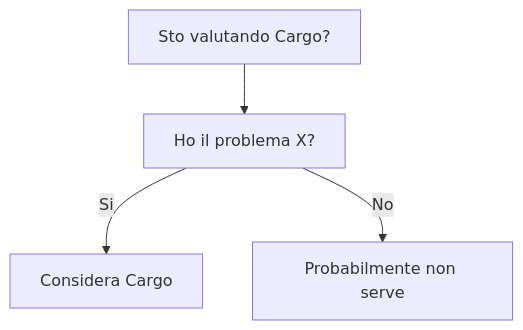
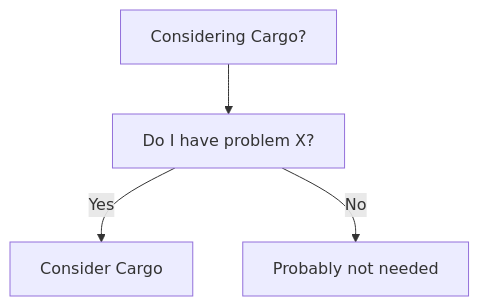
The diagram in dev-wiki/14_Languages/Rust/Cargo/When_To_Use.md (HxT9/Software-Dev-Wiki), drawn with Mermaid before and after one commit. The commit also changed other lines of this file and 3444 other files, not shown here.

````diff
--- a/dev-wiki/14_Languages/Rust/Cargo/When_To_Use.md
+++ b/dev-wiki/14_Languages/Rust/Cargo/When_To_Use.md
@@ -19,6 +19,6 @@
 ```mermaid
 flowchart TD
-  Q[Sto valutando Cargo?] --> Q1[Ho il problema X?]
-  Q1 -->|Si| OK[Considera Cargo]
-  Q1 -->|No| NO[Probabilmente non serve]
+  Q[Considering Cargo?] --> Q1[Do I have problem X?]
+  Q1 -->|Yes| OK[Consider Cargo]
+  Q1 -->|No| NO[Probably not needed]
 ```
````
